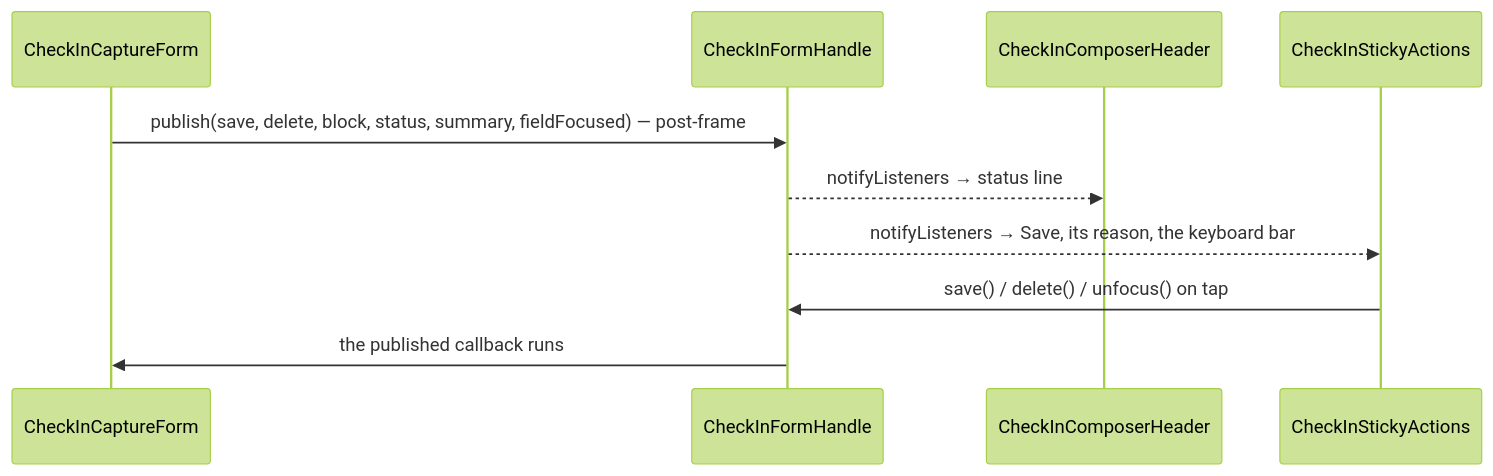
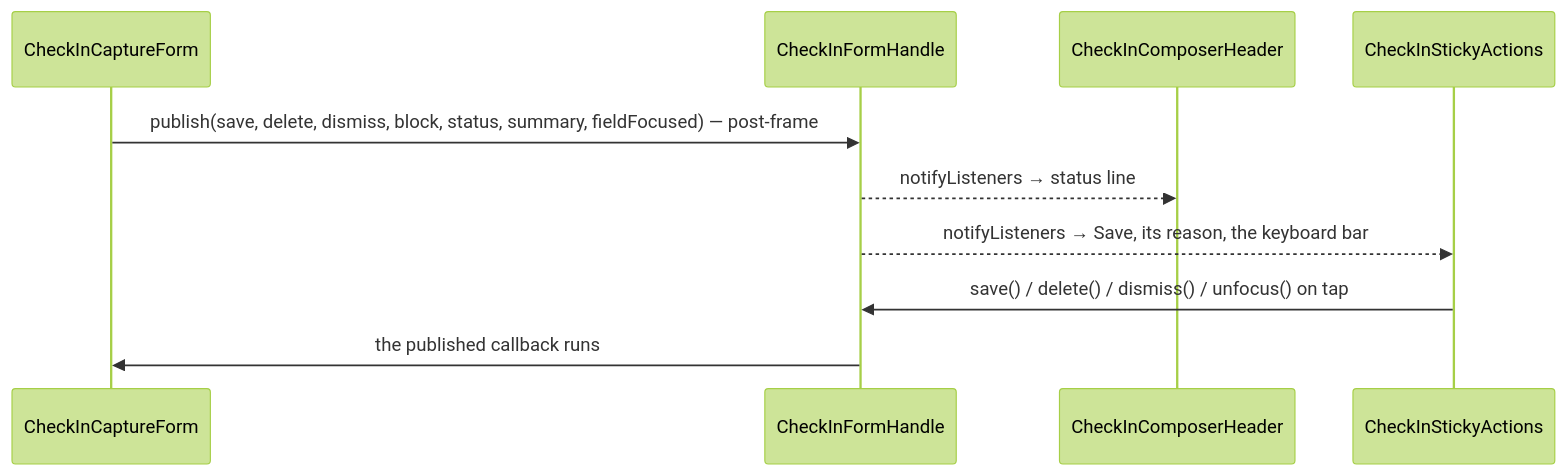
Before and after one commit to matthiasn/lotti: the seventh of 12 diagrams in knowledge/features/relationships.md, drawn with Mermaid (forest theme). The commit also changed other lines of this file and 63 other files, not shown here.

````diff
--- a/knowledge/features/relationships.md
+++ b/knowledge/features/relationships.md
@@ -1037,12 +1095,12 @@
 ```mermaid
 sequenceDiagram
   participant F as CheckInCaptureForm
   participant H as CheckInFormHandle
   participant Hd as CheckInComposerHeader
   participant B as CheckInStickyActions
-  F->>H: publish(save, delete, block, status, summary, fieldFocused) — post-frame
+  F->>H: publish(save, delete, dismiss, block, status, summary, fieldFocused) — post-frame
   H-->>Hd: notifyListeners → status line
   H-->>B: notifyListeners → Save, its reason, the keyboard bar
-  B->>H: save() / delete() / unfocus() on tap
+  B->>H: save() / delete() / dismiss() / unfocus() on tap
   H->>F: the published callback runs
 ```
````
